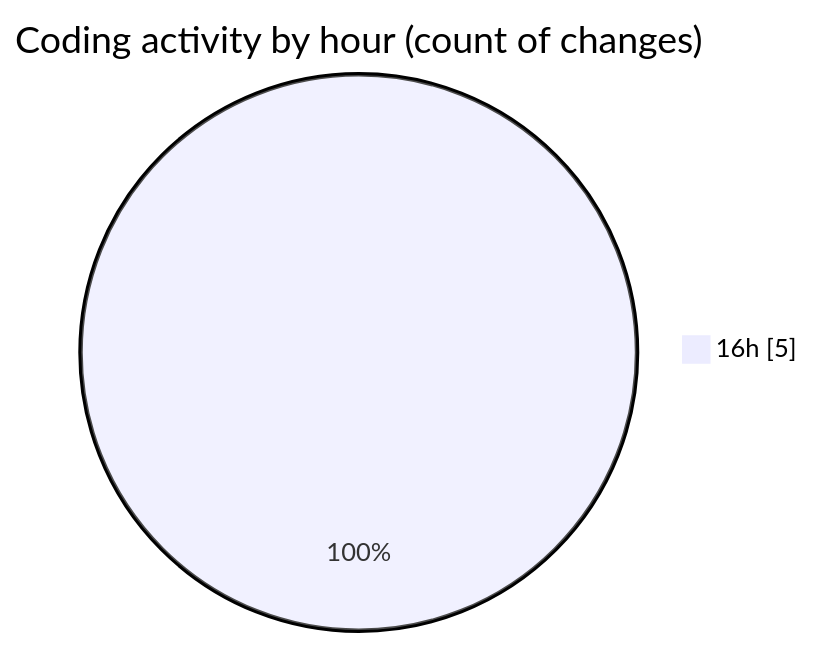
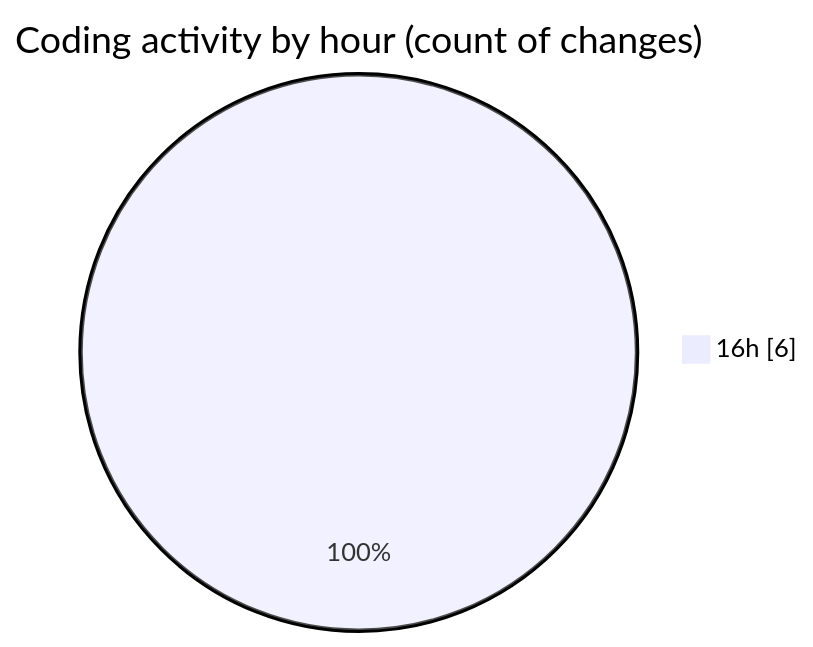
One commit to donsfak/code-tracking changed the second of 2 diagrams in 2025-01-26/trackers_app/README.md. Above: the diagram before and after it, drawn with Mermaid. The commit also changed other lines of this file and 1 other file, not shown here.

````diff
--- a/2025-01-26/trackers_app/README.md
+++ b/2025-01-26/trackers_app/README.md
@@ -29,5 +29,5 @@
 ```mermaid
 pie showData
 title Coding activity by hour (count of changes)
-"16h" : 5
+"16h" : 6
 ```
````
